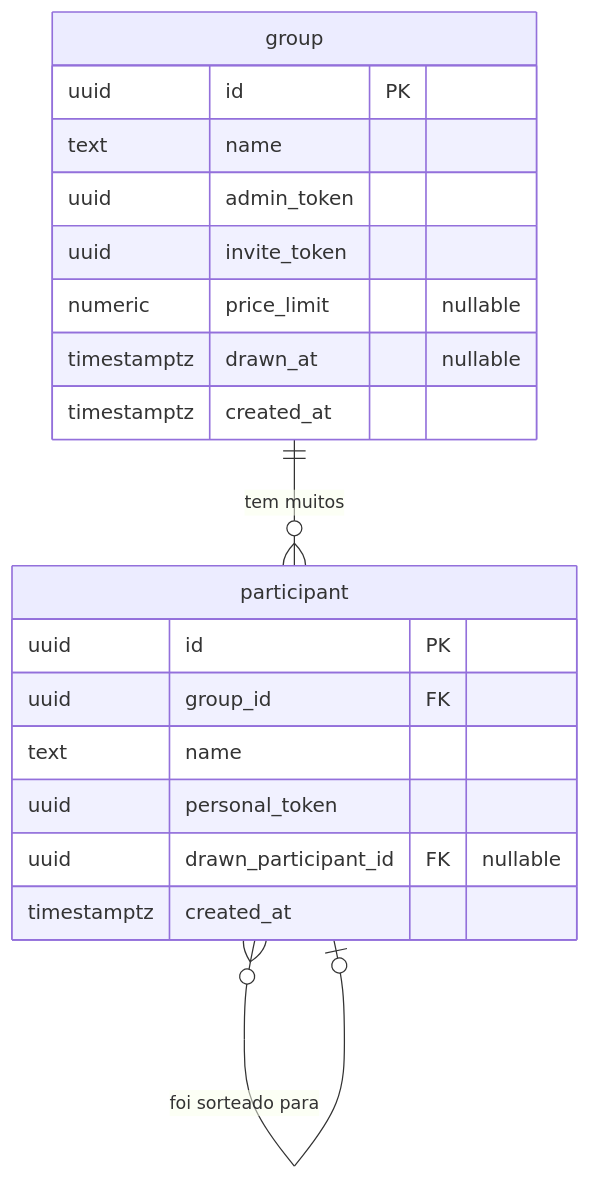
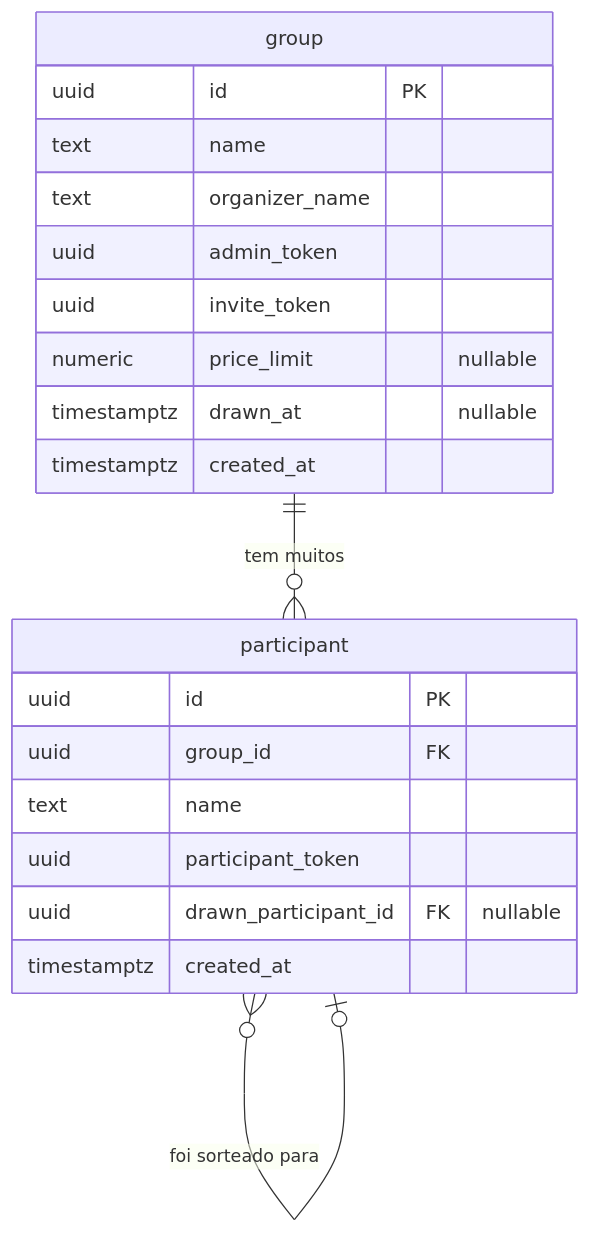
The diagram in docs/sdd.md (LorenzoHzK/amigo-secreto-ou-inimigo), drawn with Mermaid before and after one commit. The commit also changed other lines of this file and 1 other file, not shown here.

Commit message:
refactor: update project name and version in PRD and SDD documents

````diff
--- a/docs/sdd.md
+++ b/docs/sdd.md
@@ -54,24 +63,25 @@
 ```mermaid
 erDiagram
     group {
-        uuid id PK
-        text name
-        uuid admin_token
-        uuid invite_token
-        numeric price_limit "nullable"
-        timestamptz drawn_at "nullable"
+        uuid        id               PK
+        text        name
+        text        organizer_name
+        uuid        admin_token
+        uuid        invite_token
+        numeric     price_limit      "nullable"
+        timestamptz drawn_at         "nullable"
         timestamptz created_at
     }
 
     participant {
-        uuid id PK
-        uuid group_id FK
-        text name
-        uuid personal_token
-        uuid drawn_participant_id FK "nullable"
+        uuid        id                    PK
+        uuid        group_id              FK
+        text        name
+        uuid        participant_token
+        uuid        drawn_participant_id  FK "nullable"
         timestamptz created_at
     }
 
     group ||--o{ participant : "tem muitos"
     participant }o--o| participant : "foi sorteado para"
 ```
````
